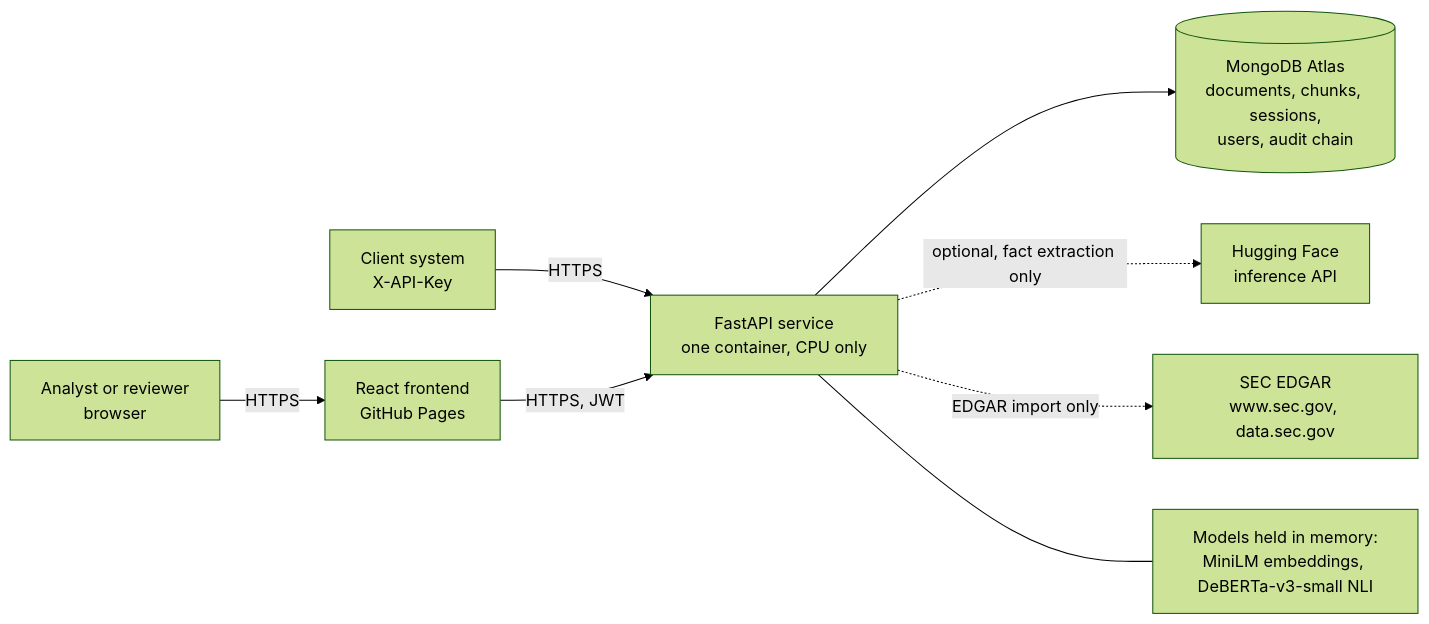
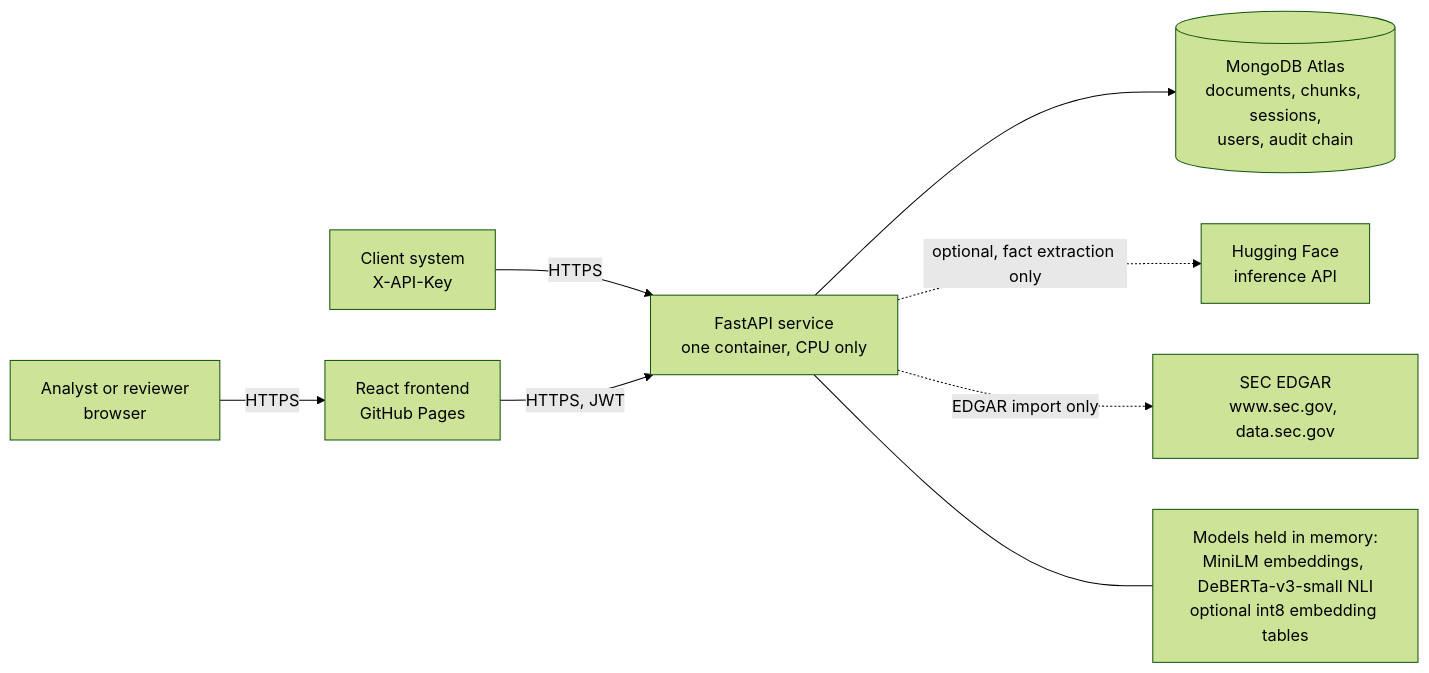
The first of 2 diagrams in docs/ARCHITECTURE.md (Suketu-ADT/Verifin-2.0), drawn with Mermaid (forest theme) before and after one commit. The commit also changed 17 other files, not shown here.

First line of the commit message:
feat: optional low-memory mode (int8 embedding tables) and an on-disk cache for LLM fact extraction

````diff
--- a/docs/ARCHITECTURE.md
+++ b/docs/ARCHITECTURE.md
@@ -10,10 +10,10 @@
 ```mermaid
 flowchart LR
     U[Analyst or reviewer<br/>browser] -->|HTTPS| FE[React frontend<br/>GitHub Pages]
     S[Client system<br/>X-API-Key] -->|HTTPS| API
     FE -->|HTTPS, JWT| API[FastAPI service<br/>one container, CPU only]
     API --> DB[(MongoDB Atlas<br/>documents, chunks, sessions,<br/>users, audit chain)]
     API -.->|optional, fact extraction only| HF[Hugging Face<br/>inference API]
     API -.->|EDGAR import only| SEC[SEC EDGAR<br/>www.sec.gov, data.sec.gov]
-    API --- M[Models held in memory:<br/>MiniLM embeddings, DeBERTa-v3-small NLI]
+    API --- M[Models held in memory:<br/>MiniLM embeddings, DeBERTa-v3-small NLI<br/>optional int8 embedding tables]
 ```
````
